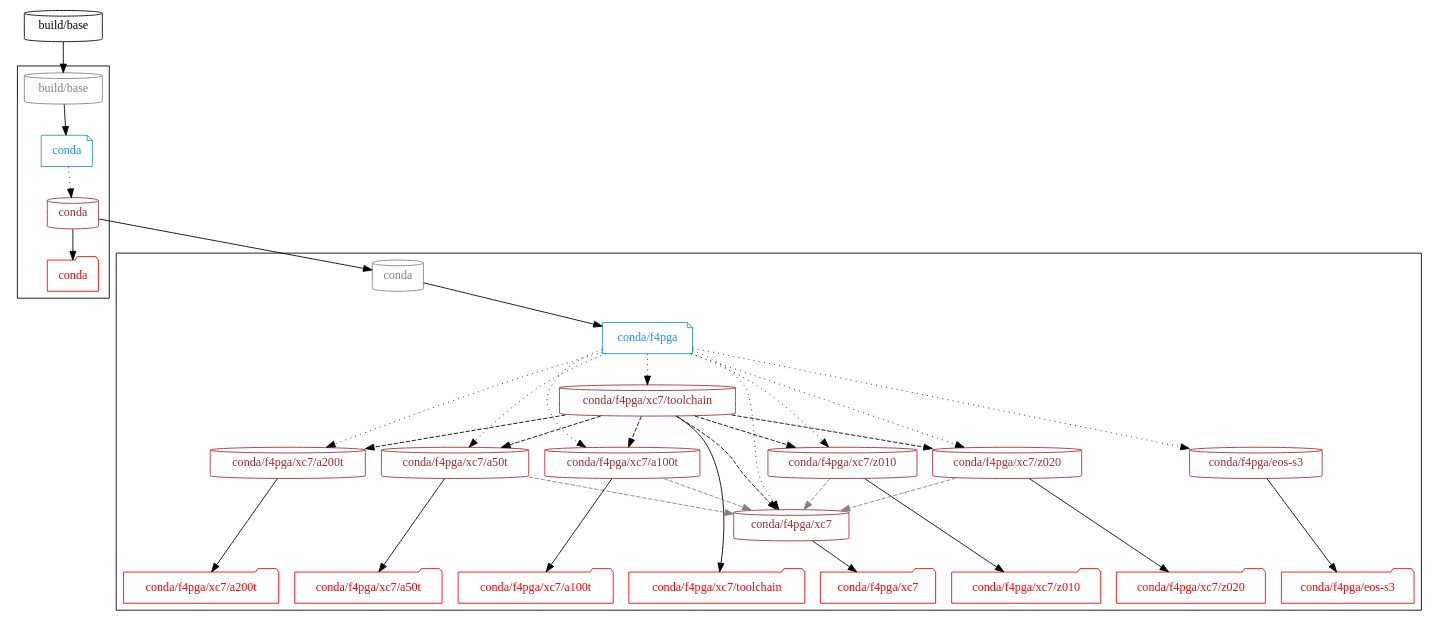
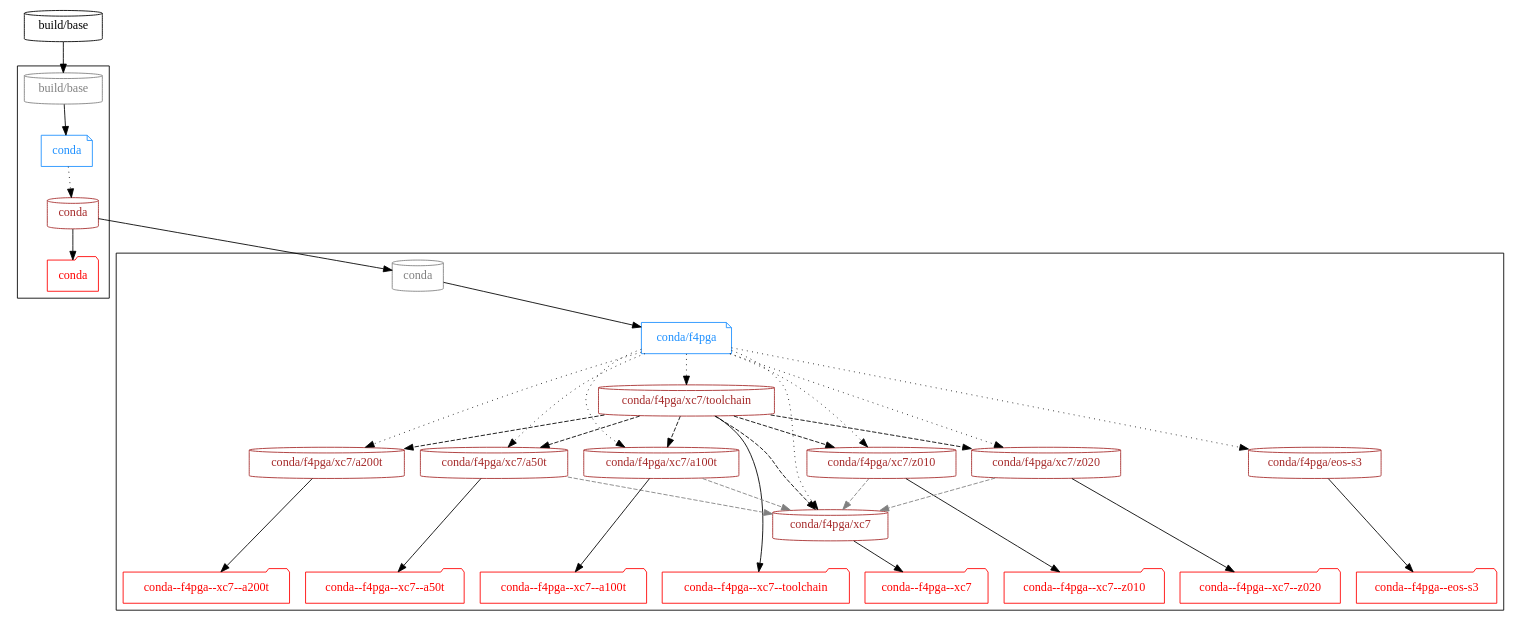
The diagram in doc/graph/f4pga.dot (hdl/containers), drawn with Graphviz before and after one commit.

Commit message:
doc/graph/f4pga: consistent test file naming

```diff
--- a/doc/graph/f4pga.dot
+++ b/doc/graph/f4pga.dot
@@ -1,125 +1,125 @@
 # Authors:
 #   Unai Martinez-Corral
 #
 # Copyright 2019-2022 Unai Martinez-Corral <unai.martinezcorral@ehu.eus>
 #
 # Licensed under the Apache License, Version 2.0 (the "License");
 # you may not use this file except in compliance with the License.
 # You may obtain a copy of the License at
 #
 #     http://www.apache.org/licenses/LICENSE-2.0
 #
 # Unless required by applicable law or agreed to in writing, software
 # distributed under the License is distributed on an "AS IS" BASIS,
 # WITHOUT WARRANTIES OR CONDITIONS OF ANY KIND, either express or implied.
 # See the License for the specific language governing permissions and
 # limitations under the License.
 #
 # SPDX-License-Identifier: Apache-2.0
 
 digraph G {
 
   #splines=polyline; #curved
   newrank=true;
 
   # Dockerfiles
 
   { node [shape=note, color=dodgerblue, fontcolor=dodgerblue]
     d_conda     [label="conda"];
     d_f4pga [label="conda/f4pga"];
   }
 
   # Images
 
   { node [shape=cylinder]
     "build/base"
     { node [color=brown, fontcolor=brown]
       "conda"
       "conda/f4pga/xc7/toolchain"
       "conda/f4pga/xc7/a50t"
       "conda/f4pga/xc7/a100t"
       "conda/f4pga/xc7/a200t"
       "conda/f4pga/xc7/z010"
       "conda/f4pga/xc7/z020"
       "conda/f4pga/xc7"
       "conda/f4pga/eos-s3"
     }
   }
 
   # Workflows
 
   subgraph cluster_conda {
     "p_conda_build/base" [shape=cylinder, color=grey, fontcolor=grey, label="build/base"];
     d_conda -> "conda" [style=dotted];
     "t_conda" [shape=folder, color=red, fontcolor=red, label="conda"];
     "conda" -> "t_conda";
   }
 
   subgraph cluster_F4PGA {
     { rank=same
       node [shape=cylinder, color=grey, fontcolor=grey]
       "p_F4PGA_conda"  [label="conda"]
     }
 
     d_f4pga -> {
       "conda/f4pga/xc7/toolchain"
       { rank=same
         "conda/f4pga/xc7/a50t"
         "conda/f4pga/xc7/a100t"
         "conda/f4pga/xc7/a200t"
         "conda/f4pga/xc7/z010"
         "conda/f4pga/xc7/z020"
       }
       "conda/f4pga/xc7"
       "conda/f4pga/eos-s3"
     } [style=dotted];
 
     { rank=same
       node [shape=folder, color=red, fontcolor=red];
-      "t_F4PGA_xc7_toolchain" [label="conda/f4pga/xc7/toolchain"];
-      "t_F4PGA_xc7_a50t"      [label="conda/f4pga/xc7/a50t"];
-      "t_F4PGA_xc7_a100t"     [label="conda/f4pga/xc7/a100t"];
-      "t_F4PGA_xc7_a200t"     [label="conda/f4pga/xc7/a200t"];
-      "t_F4PGA_xc7_z010"      [label="conda/f4pga/xc7/z010"];
-      "t_F4PGA_xc7_z020"      [label="conda/f4pga/xc7/z020"];
-      "t_F4PGA_xc7"           [label="conda/f4pga/xc7"];
-      "t_F4PGA_eos-s3"        [label="conda/f4pga/eos-s3"];
+      "t_F4PGA_xc7_toolchain" [label="conda--f4pga--xc7--toolchain"];
+      "t_F4PGA_xc7_a50t"      [label="conda--f4pga--xc7--a50t"];
+      "t_F4PGA_xc7_a100t"     [label="conda--f4pga--xc7--a100t"];
+      "t_F4PGA_xc7_a200t"     [label="conda--f4pga--xc7--a200t"];
+      "t_F4PGA_xc7_z010"      [label="conda--f4pga--xc7--z010"];
+      "t_F4PGA_xc7_z020"      [label="conda--f4pga--xc7--z020"];
+      "t_F4PGA_xc7"           [label="conda--f4pga--xc7"];
+      "t_F4PGA_eos-s3"        [label="conda--f4pga--eos-s3"];
     }
 
     "conda/f4pga/xc7/toolchain"  -> "t_F4PGA_xc7_toolchain";
     "conda/f4pga/xc7/a50t"       -> "t_F4PGA_xc7_a50t";
     "conda/f4pga/xc7/a100t"      -> "t_F4PGA_xc7_a100t";
     "conda/f4pga/xc7/a200t"      -> "t_F4PGA_xc7_a200t";
     "conda/f4pga/xc7/z010"       -> "t_F4PGA_xc7_z010";
     "conda/f4pga/xc7/z020"       -> "t_F4PGA_xc7_z020";
     "conda/f4pga/xc7"            -> "t_F4PGA_xc7";
     "conda/f4pga/eos-s3"         -> "t_F4PGA_eos-s3";
   }
 
   # Dockerfile dependencies
 
   "build/base" -> "p_conda_build/base" -> d_conda;
 
   "conda" -> "p_F4PGA_conda" -> d_f4pga;
 
   # Image dependencies
 
   { edge [style=dashed]
     "conda/f4pga/xc7/toolchain" -> "conda/f4pga/xc7/a50t";
     "conda/f4pga/xc7/toolchain" -> "conda/f4pga/xc7/a100t";
     "conda/f4pga/xc7/toolchain" -> "conda/f4pga/xc7/a200t";
     "conda/f4pga/xc7/toolchain" -> "conda/f4pga/xc7/z010";
     "conda/f4pga/xc7/toolchain" -> "conda/f4pga/xc7/z020";
     "conda/f4pga/xc7/toolchain" -> "conda/f4pga/xc7";
   }
 
   { edge [style=dashed, color=grey]
     "conda/f4pga/xc7/a50t"  -> "conda/f4pga/xc7";
     "conda/f4pga/xc7/a100t" -> "conda/f4pga/xc7";
     # TODO: This is temporarily disabled because of space limits on GitHub Actions default runners
     #"conda/f4pga/xc7/a200t" -> "conda/f4pga/xc7";
     "conda/f4pga/xc7/z010"  -> "conda/f4pga/xc7";
     "conda/f4pga/xc7/z020"  -> "conda/f4pga/xc7";
   }
 
 }
```
